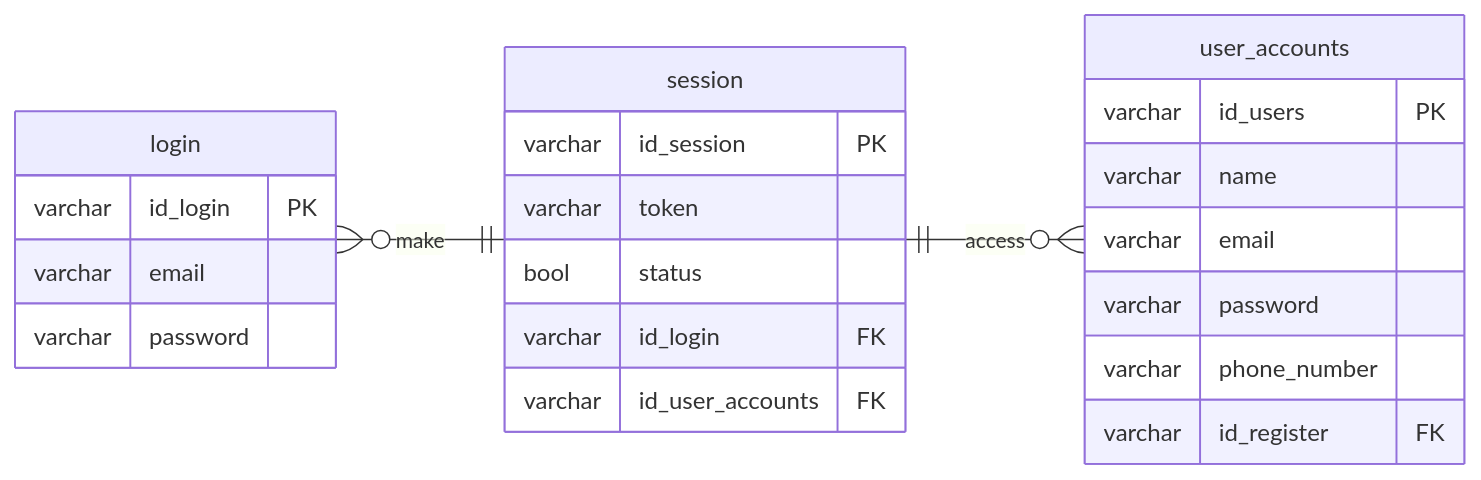
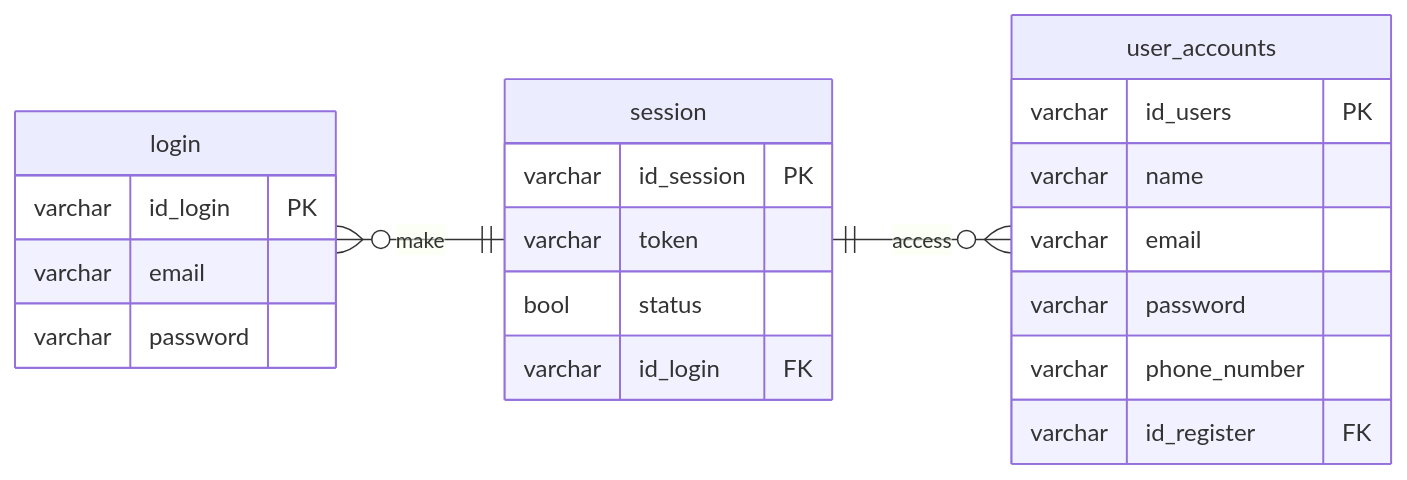
One commit to mdavindarinaldy/fgo24-db-auth-flow changed the diagram in README.md. Above: the diagram before and after it, drawn with Mermaid.

Commit message:
docs: update ERD in README

````diff
--- a/README.md
+++ b/README.md
@@ -7,27 +7,26 @@
 ```mermaid
 erDiagram
     direction LR
     login {
         varchar id_login PK
         varchar email
         varchar password
     }
     user_accounts {
         varchar id_users PK
         varchar name
         varchar email
         varchar password
         varchar phone_number
         varchar id_register FK
     }
     session {
         varchar id_session PK
         varchar token
         bool status
         varchar id_login FK
-        varchar id_user_accounts FK
     }
 
     login }o--|| session : make
     session ||--o{ user_accounts : access
 ```
````
